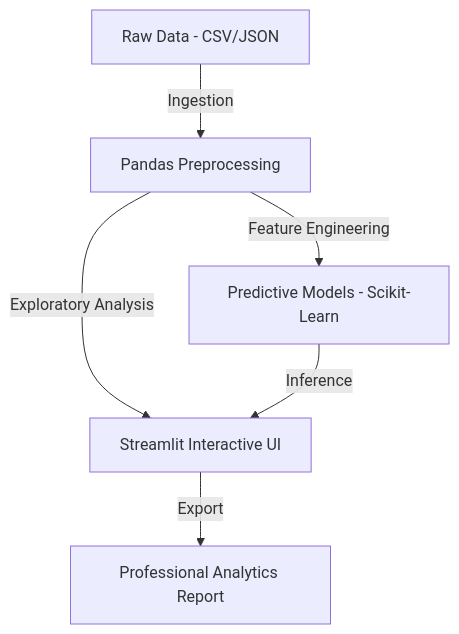
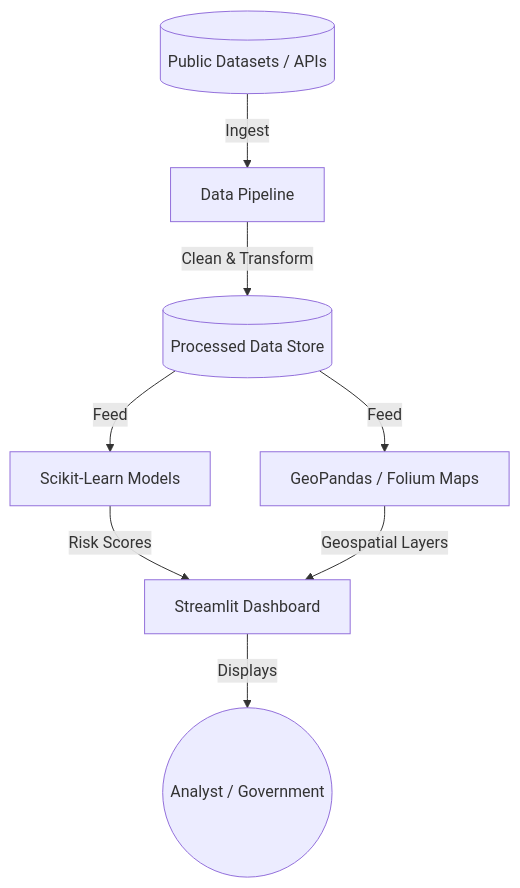
Before and after one commit to Raphasha27/dashboard: the diagram in README.md, drawn with Mermaid. The commit also changed other lines of this file, not shown here.

````diff
--- a/README.md
+++ b/README.md
@@ -14,8 +51,10 @@
 ```mermaid
 graph TD
-    Data[Raw Data - CSV/JSON] -->|Ingestion| Clean[Pandas Preprocessing]
-    Clean -->|Feature Engineering| ML[Predictive Models - Scikit-Learn]
-    Clean -->|Exploratory Analysis| Dash[Streamlit Interactive UI]
-    ML -->|Inference| Dash
-    Dash -->|Export| PDF[Professional Analytics Report]
+    Source[(Public Datasets / APIs)] -->|Ingest| Pipeline[Data Pipeline]
+    Pipeline -->|Clean & Transform| Store[(Processed Data Store)]
+    Store -->|Feed| Models[Scikit-Learn Models]
+    Store -->|Feed| Maps[GeoPandas / Folium Maps]
+    Models -->|Risk Scores| Dashboard[Streamlit Dashboard]
+    Maps -->|Geospatial Layers| Dashboard
+    Dashboard -->|Displays| User((Analyst / Government))
 ```
````
